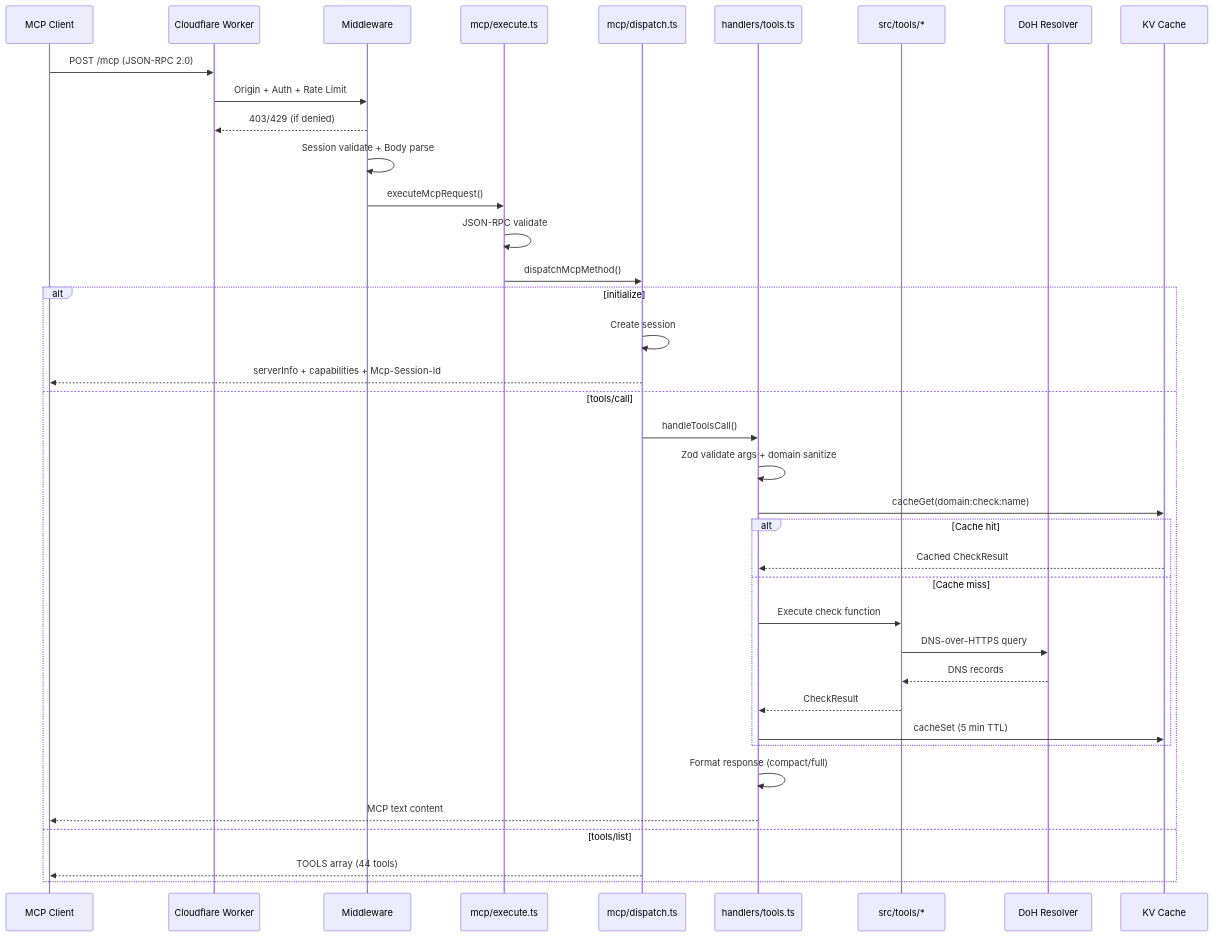
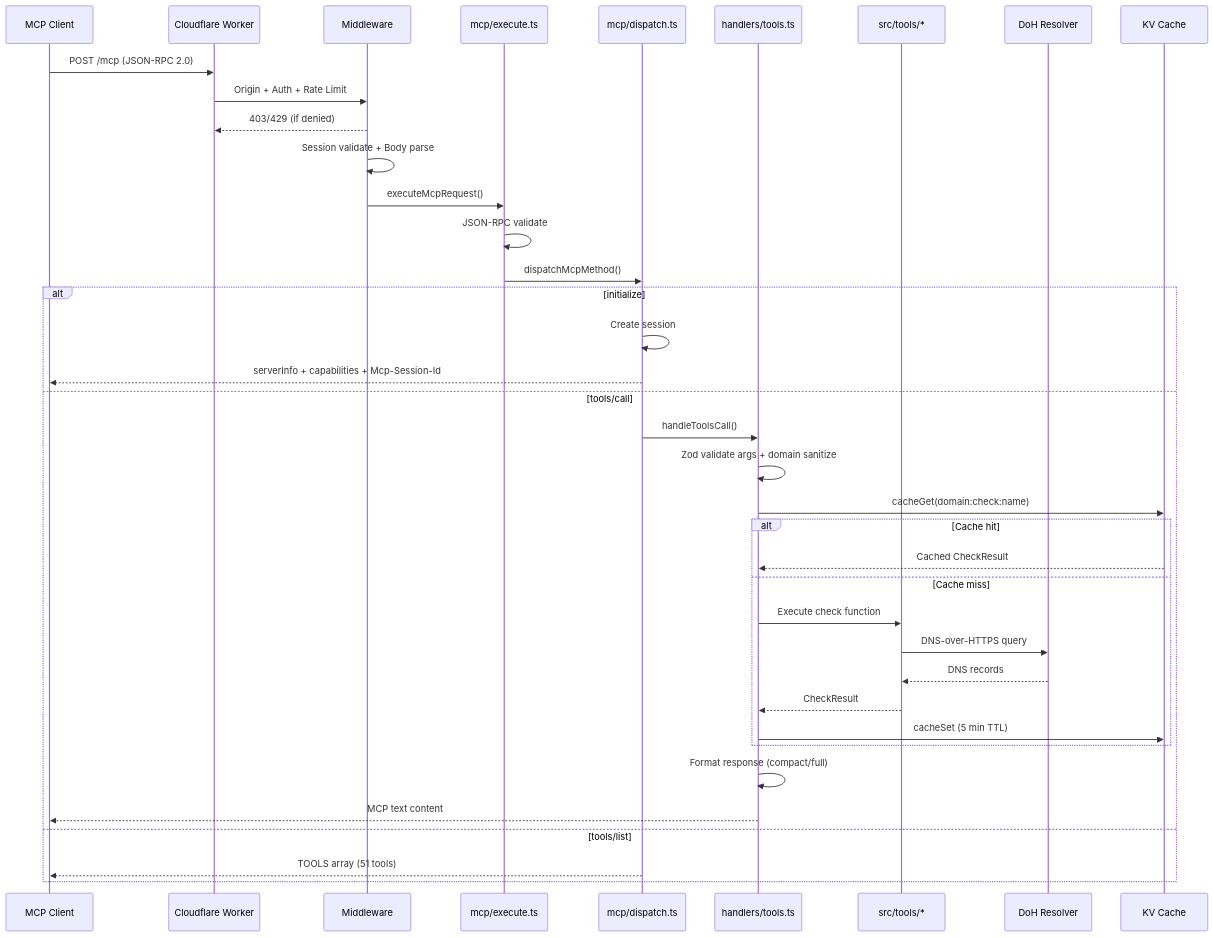
The second of 8 diagrams in docs/architecture.md (MadaBurns/bv-mcp), drawn with Mermaid before and after one commit. The commit also changed 4 other files, not shown here.

````diff
--- a/docs/architecture.md
+++ b/docs/architecture.md
@@ -128,42 +128,42 @@
 ```mermaid
 sequenceDiagram
     participant C as MCP Client
     participant W as Cloudflare Worker
     participant MW as Middleware
     participant EX as mcp/execute.ts
     participant DI as mcp/dispatch.ts
     participant TH as handlers/tools.ts
     participant TL as src/tools/*
     participant DNS as DoH Resolver
     participant KV as KV Cache
 
     C->>W: POST /mcp (JSON-RPC 2.0)
     W->>MW: Origin + Auth + Rate Limit
     MW-->>W: 403/429 (if denied)
     MW->>MW: Session validate + Body parse
     MW->>EX: executeMcpRequest()
     EX->>EX: JSON-RPC validate
     EX->>DI: dispatchMcpMethod()
 
     alt initialize
         DI->>DI: Create session
         DI-->>C: serverInfo + capabilities + Mcp-Session-Id
     else tools/call
         DI->>TH: handleToolsCall()
         TH->>TH: Zod validate args + domain sanitize
         TH->>KV: cacheGet(domain:check:name)
         alt Cache hit
             KV-->>TH: Cached CheckResult
         else Cache miss
             TH->>TL: Execute check function
             TL->>DNS: DNS-over-HTTPS query
             DNS-->>TL: DNS records
             TL-->>TH: CheckResult
             TH->>KV: cacheSet (5 min TTL)
         end
         TH->>TH: Format response (compact/full)
         TH-->>C: MCP text content
     else tools/list
-        DI-->>C: TOOLS array (44 tools)
+        DI-->>C: TOOLS array (51 tools)
     end
 ```
````
